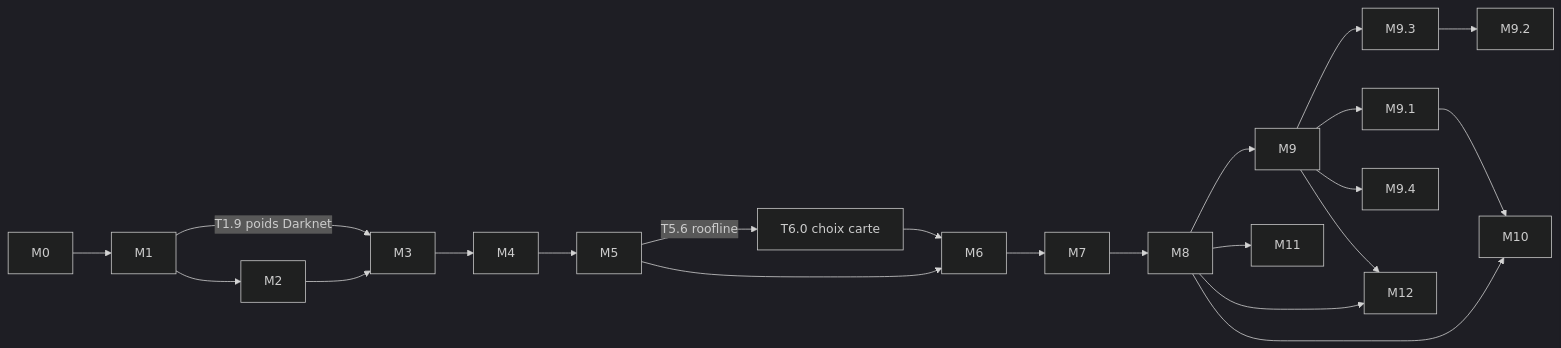
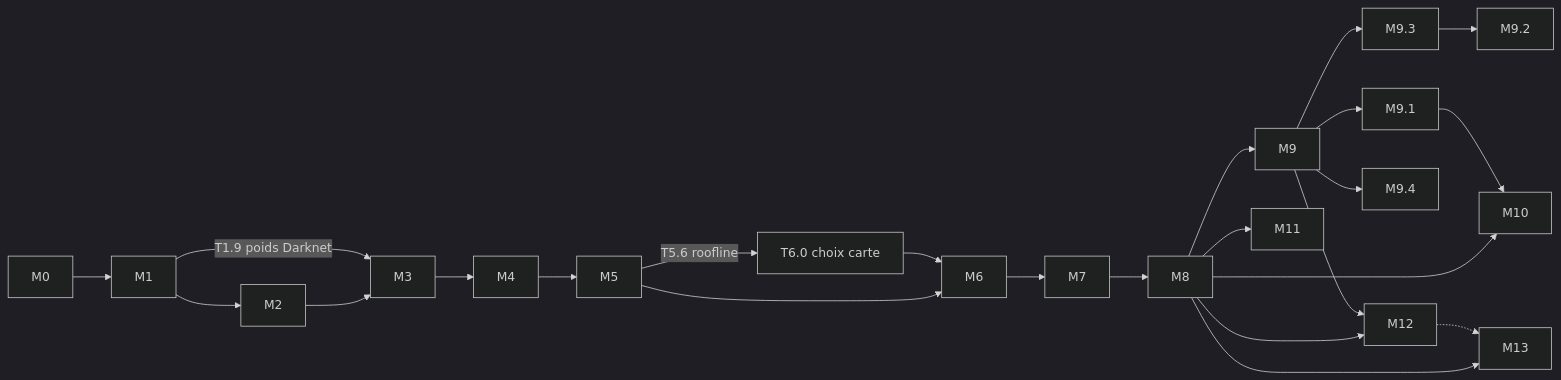
The diagram in docs/tasks/README.md (lrivals/EmbeddedComputervision), drawn with Mermaid (dark theme) before and after one commit. The commit also changed other lines of this file and 2 other files, not shown here.

Commit message:
docs : jalon M13 (figures) et renvois du README vers M12 et M13

````diff
--- a/docs/tasks/README.md
+++ b/docs/tasks/README.md
@@ -28,15 +29,17 @@
 ```mermaid
 graph LR
   M0 --> M1 --> M2 --> M3
   M1 -- "T1.9 poids Darknet" --> M3
   M3 --> M4 --> M5 --> M6 --> M7 --> M8
   M5 -- "T5.6 roofline" --> T60["T6.0 choix carte"] --> M6
   M8 --> M9
   M9 --> M91[M9.1] & M93[M9.3] & M94[M9.4]
   M93 --> M92[M9.2]
   M8 --> M10[M10]
   M91 --> M10
   M8 --> M11[M11]
   M8 --> M12[M12]
   M9 --> M12
+  M8 --> M13[M13]
+  M12 -.-> M13
 ```
````
